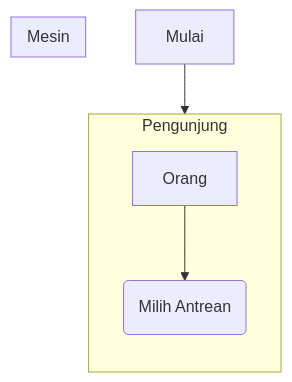
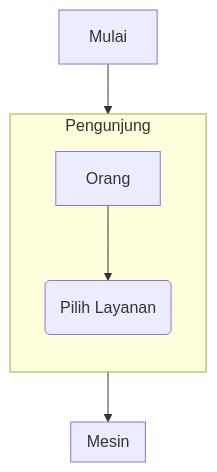
One commit to rezekikode/diagram changed the diagram in flowchart_antrean.mmd. Above: the diagram before and after it, drawn with Mermaid.

```diff
--- a/flowchart_antrean.mmd
+++ b/flowchart_antrean.mmd
@@ -1,8 +1,9 @@
 flowchart TB
   Mulai --> Pengunjung
   subgraph Pengunjung
     direction TB
-    Orang --> a("`Milih Antrean`")
+    Orang --> p1("`Pilih Layanan`")
   end
+  Pengunjung --> Mesin
   subgraph Mesin
   end
```
